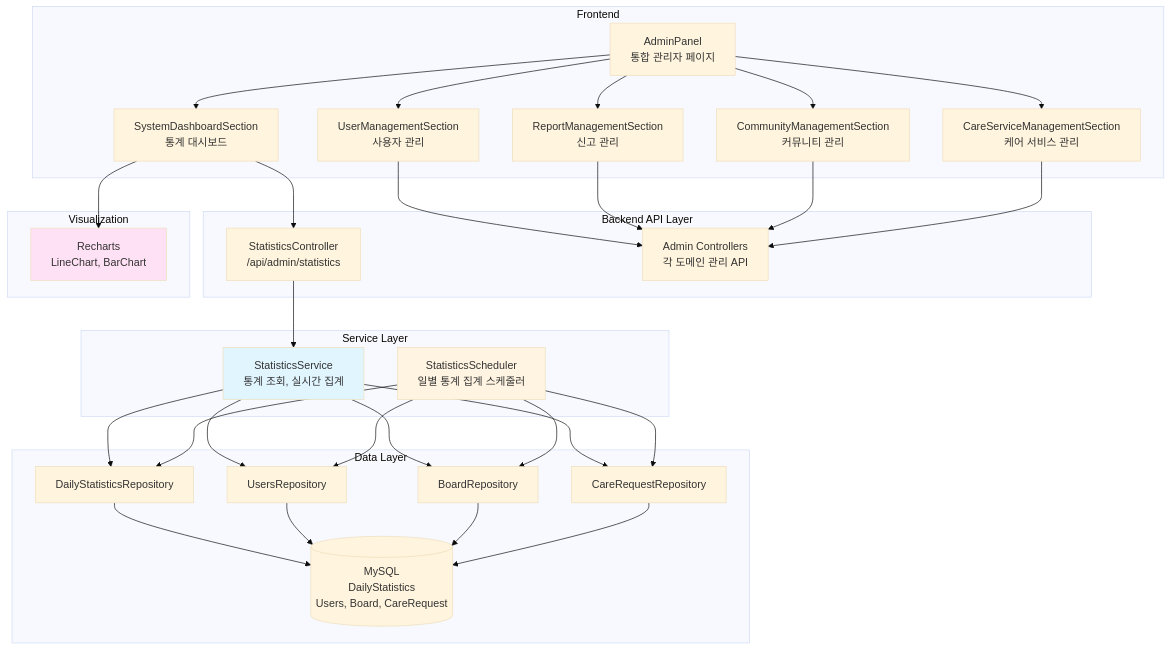
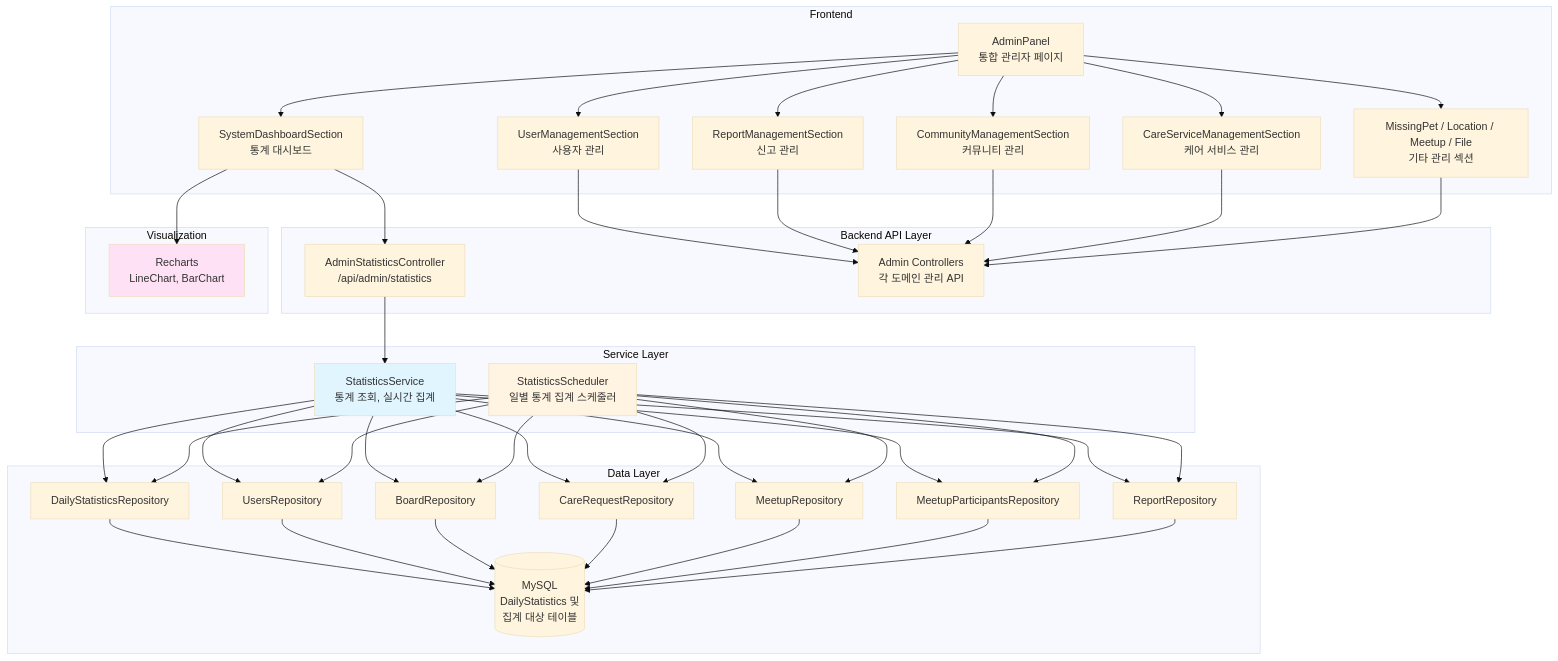
The first of 4 diagrams in docs/architecture/관리자 대시보드 & 통계 시스템 아키텍처.md (makkong1/Petory), drawn with Mermaid (base theme) before and after one commit. The commit also changed other lines of this file and 12 other files, not shown here.

Commit message:
docs(architecture): 도메인 아키텍처 문서를 최신 코드·API와 동기화

````diff
--- a/docs/architecture/관리자 대시보드 & 통계 시스템 아키텍처.md
+++ b/docs/architecture/관리자 대시보드 & 통계 시스템 아키텍처.md
@@ -11,67 +11,82 @@
 ```mermaid
 graph TB
     subgraph "Frontend"
         AP[AdminPanel<br/>통합 관리자 페이지]
         SDS[SystemDashboardSection<br/>통계 대시보드]
         UMS[UserManagementSection<br/>사용자 관리]
         RMS[ReportManagementSection<br/>신고 관리]
         CMS[CommunityManagementSection<br/>커뮤니티 관리]
         CRS[CareServiceManagementSection<br/>케어 서비스 관리]
+        MPS[MissingPet / Location / Meetup / File<br/>기타 관리 섹션]
     end
     
     subgraph "Backend API Layer"
-        SC[StatisticsController<br/>/api/admin/statistics]
+        ASC[AdminStatisticsController<br/>/api/admin/statistics]
         AC[Admin Controllers<br/>각 도메인 관리 API]
     end
     
     subgraph "Service Layer"
         SS[StatisticsService<br/>통계 조회, 실시간 집계]
         SSCH[StatisticsScheduler<br/>일별 통계 집계 스케줄러]
     end
     
     subgraph "Data Layer"
         DSR[DailyStatisticsRepository]
         UR[UsersRepository]
         BR[BoardRepository]
         CRR[CareRequestRepository]
-        MySQL[(MySQL<br/>DailyStatistics<br/>Users, Board, CareRequest)]
+        MR[MeetupRepository]
+        MPR[MeetupParticipantsRepository]
+        RR[ReportRepository]
+        MySQL[(MySQL<br/>DailyStatistics 및<br/>집계 대상 테이블)]
     end
     
     subgraph "Visualization"
         RC[Recharts<br/>LineChart, BarChart]
     end
     
     AP --> SDS
     AP --> UMS
     AP --> RMS
     AP --> CMS
     AP --> CRS
+    AP --> MPS
     
-    SDS --> SC
+    SDS --> ASC
     UMS --> AC
     RMS --> AC
     CMS --> AC
     CRS --> AC
+    MPS --> AC
     
-    SC --> SS
+    ASC --> SS
     SS --> DSR
     SS --> UR
     SS --> BR
     SS --> CRR
+    SS --> MR
+    SS --> MPR
+    SS --> RR
     
     SSCH --> DSR
     SSCH --> UR
     SSCH --> BR
     SSCH --> CRR
+    SSCH --> MR
+    SSCH --> MPR
+    SSCH --> RR
     
     DSR --> MySQL
     UR --> MySQL
     BR --> MySQL
     CRR --> MySQL
+    MR --> MySQL
+    MPR --> MySQL
+    RR --> MySQL
     
     SDS --> RC
     
     style SS fill:#e1f5ff
     style SSCH fill:#fff4e1
     style RC fill:#ffe1f5
 ```
````
